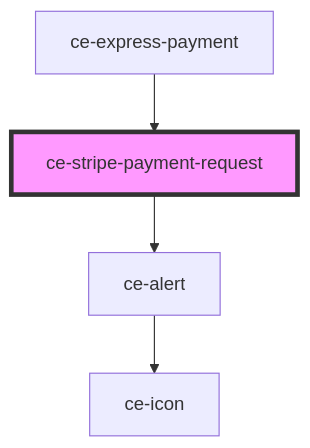
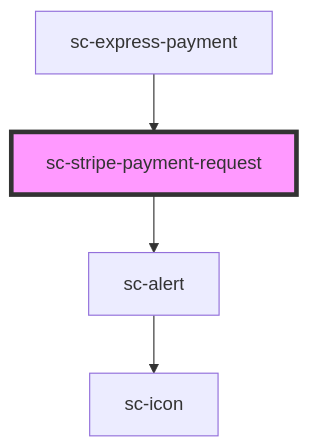
Before and after one commit to surecart/surecart-wp-plugin: the diagram in packages/components/src/components/ui/stripe-payment-request/readme.md, drawn with Mermaid. The commit also changed other lines of this file and 1281 other files, not shown here.

````diff
--- a/packages/components/src/components/ui/stripe-payment-request/readme.md
+++ b/packages/components/src/components/ui/stripe-payment-request/readme.md
@@ -57,7 +57,7 @@
 ```mermaid
 graph TD;
-  ce-stripe-payment-request --> ce-alert
-  ce-alert --> ce-icon
-  ce-express-payment --> ce-stripe-payment-request
-  style ce-stripe-payment-request fill:#f9f,stroke:#333,stroke-width:4px
+  sc-stripe-payment-request --> sc-alert
+  sc-alert --> sc-icon
+  sc-express-payment --> sc-stripe-payment-request
+  style sc-stripe-payment-request fill:#f9f,stroke:#333,stroke-width:4px
 ```
````
